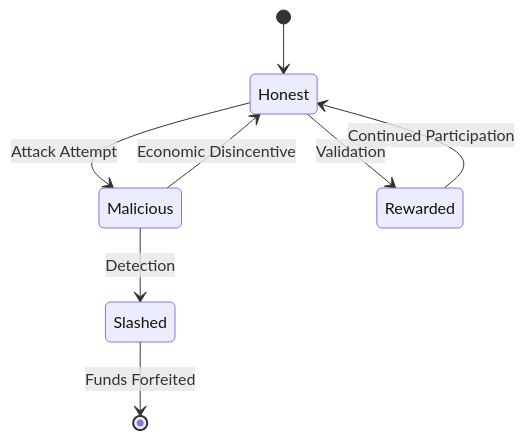
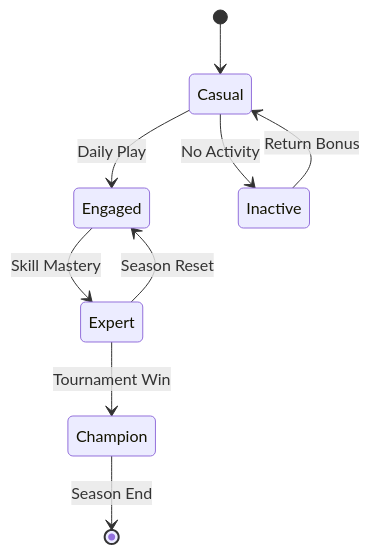
Before and after one commit to Kali-Decoder/BaseArena: the fifth of 7 diagrams in README.md, drawn with Mermaid. The commit also changed other lines of this file, not shown here.

````diff
--- a/README.md
+++ b/README.md
@@ -117,10 +105,11 @@
 ```mermaid
 stateDiagram-v2
-    [*] --> Honest
-    Honest --> Malicious: Attack Attempt
-    Malicious --> Slashed: Detection
-    Slashed --> [*]: Funds Forfeited
-    Malicious --> Honest: Economic Disincentive
-    Honest --> Rewarded: Validation
-    Rewarded --> Honest: Continued Participation
+    [*] --> Casual
+    Casual --> Engaged: Daily Play
+    Engaged --> Expert: Skill Mastery
+    Expert --> Champion: Tournament Win
+    Champion --> [*]: Season End
+    Casual --> Inactive: No Activity
+    Inactive --> Casual: Return Bonus
+    Expert --> Engaged: Season Reset
 ```
````
